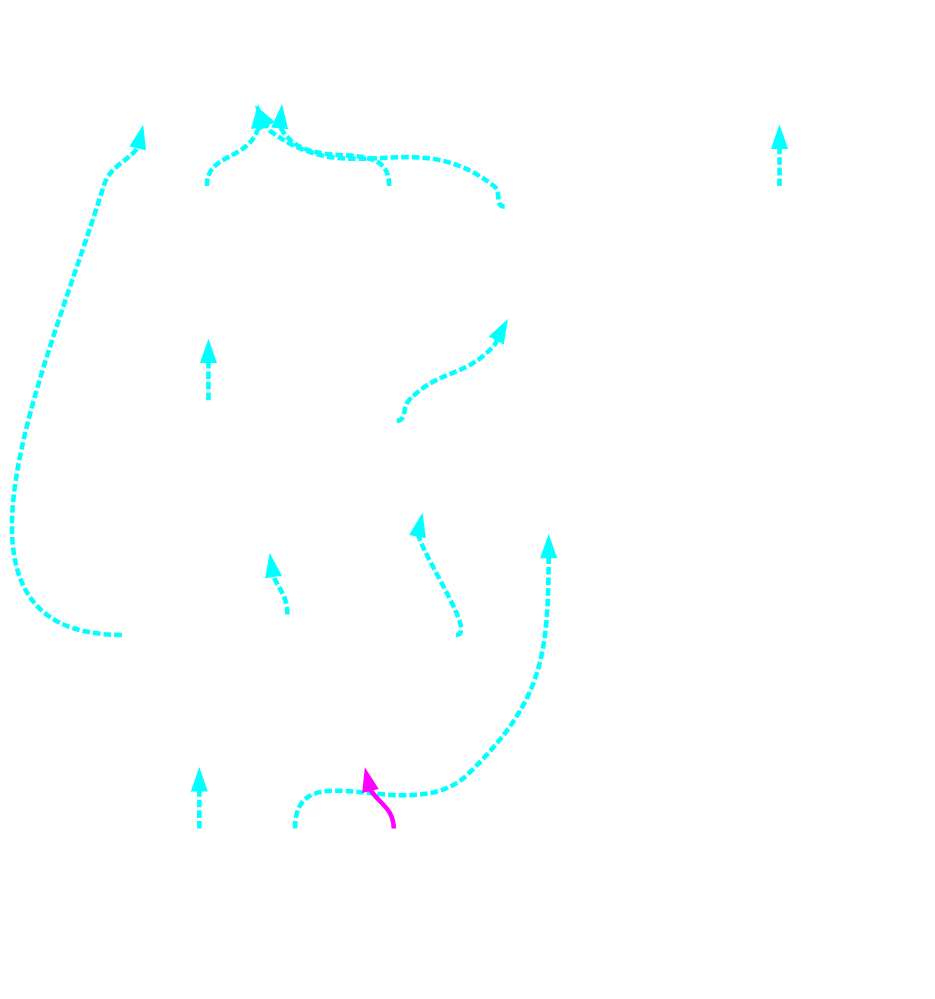
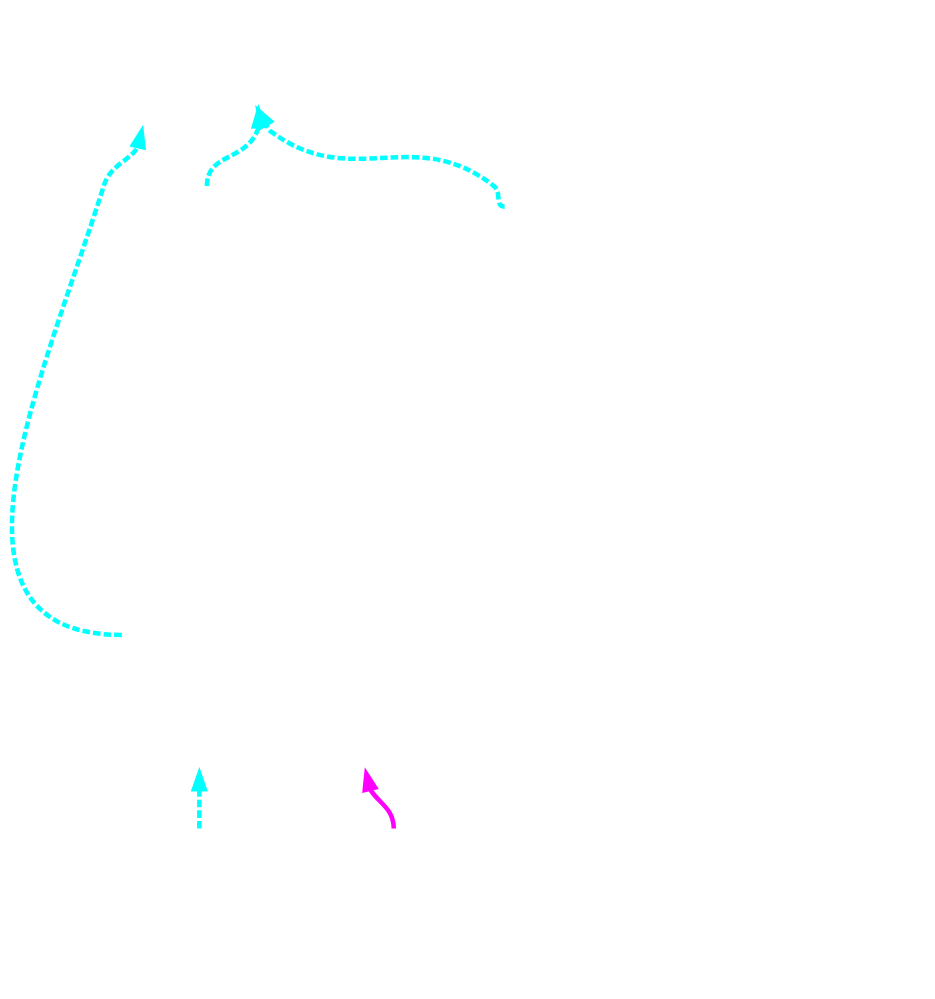
One commit to frasercrmck/llvm-leg changed the diagram in docs/Codeplay/examples/ex1b-pre-isel-simple.dot. Above: the diagram before and after it, drawn with Graphviz. The commit also changed 1 other file, not shown here.

```diff
--- a/docs/Codeplay/examples/ex1b-pre-isel-simple.dot
+++ b/docs/Codeplay/examples/ex1b-pre-isel-simple.dot
@@ -1,26 +1,26 @@
 digraph "isel input for foo:" {
 	rankdir="BT";
 	bgcolor="transparent";
 
 	Node0x36a34b0 [shape=record,shape=Mrecord,label="{EntryToken [ID=0]|0x36a34b0|{<d0>ch}}", penwidth=3,color="white",fontname="Calibri",fontsize=16,fontcolor="white"];
 	Node0x36c8cd0 [shape=record,shape=Mrecord,label="{Register %vreg0 [ID=1]|0x36c8cd0|{<d0>i32}}", penwidth=3,color="white",fontname="Calibri",fontsize=16,fontcolor="white"];
 	Node0x36c8ee0 [shape=record,shape=Mrecord,label="{Register %vreg1 [ID=2]|0x36c8ee0|{<d0>i32}}", penwidth=3,color="white",fontname="Calibri",fontsize=16,fontcolor="white"];
 	Node0x36c91f8 [shape=record,shape=Mrecord,label="{Register %R0 [ID=3]|0x36c91f8|{<d0>i32}}", penwidth=3,color="white",fontname="Calibri",fontsize=16,fontcolor="white"];
 	Node0x36c8dd8 [shape=record,shape=Mrecord,label="{{<s0>0|<s1>1}|CopyFromReg [ORD=1] [ID=4]|0x36c8dd8|{<d0>i32|<d1>ch}}", penwidth=3,color="white",fontname="Calibri",fontsize=16,fontcolor="white"];
 	Node0x36c8dd8:s0 -> Node0x36a34b0:d0[style=dashed, penwidth=3,color="cyan",fontname="Calibri",fontsize=16,fontcolor="white"];
-	Node0x36c8dd8:s1 -> Node0x36c8cd0:d0[style=dashed, penwidth=3,color="cyan",fontname="Calibri",fontsize=16,fontcolor="white"];
+	Node0x36c8dd8:s1 -> Node0x36c8cd0:d0[penwidth=3,color="white",fontname="Calibri",fontsize=16,fontcolor="white"];
 	Node0x36c8fe8 [shape=record,shape=Mrecord,label="{{<s0>0|<s1>1}|CopyFromReg [ORD=1] [ID=5]|0x36c8fe8|{<d0>i32|<d1>ch}}", penwidth=3,color="white",fontname="Calibri",fontsize=16,fontcolor="white"];
 	Node0x36c8fe8:s0 -> Node0x36a34b0:d0[style=dashed, penwidth=3,color="cyan",fontname="Calibri",fontsize=16,fontcolor="white"];
-	Node0x36c8fe8:s1 -> Node0x36c8ee0:d0[style=dashed, penwidth=3,color="cyan",fontname="Calibri",fontsize=16,fontcolor="white"];
+	Node0x36c8fe8:s1 -> Node0x36c8ee0:d0[penwidth=3,color="white",fontname="Calibri",fontsize=16,fontcolor="white"];
 	Node0x36c90f0 [shape=record,shape=Mrecord,label="{{<s0>0|<s1>1}|add [ORD=2] [ID=6]|0x36c90f0|{<d0>i32}}", penwidth=3,color="white",fontname="Calibri",fontsize=16,fontcolor="white"];
-	Node0x36c90f0:s0 -> Node0x36c8dd8:d0[style=dashed, penwidth=3,color="cyan",fontname="Calibri",fontsize=16,fontcolor="white"];
-	Node0x36c90f0:s1 -> Node0x36c8fe8:d0[style=dashed, penwidth=3,color="cyan",fontname="Calibri",fontsize=16,fontcolor="white"];
+	Node0x36c90f0:s0 -> Node0x36c8dd8:d0[penwidth=3,color="white",fontname="Calibri",fontsize=16,fontcolor="white"];
+	Node0x36c90f0:s1 -> Node0x36c8fe8:d0[penwidth=3,color="white",fontname="Calibri",fontsize=16,fontcolor="white"];
 	Node0x36c9300 [shape=record,shape=Mrecord,label="{{<s0>0|<s1>2|<s2>1}|CopyToReg [ORD=3] [ID=7]|0x36c9300|{<d0>ch|<d1>glue}}", penwidth=3,color="white",fontname="Calibri",fontsize=16,fontcolor="white"];
 	Node0x36c9300:s0 -> Node0x36a34b0:d0[style=dashed, penwidth=3,color="cyan",fontname="Calibri",fontsize=16,fontcolor="white"];
-	Node0x36c9300:s2 -> Node0x36c91f8:d0[style=dashed, penwidth=3,color="cyan",fontname="Calibri",fontsize=16,fontcolor="white"];
-	Node0x36c9300:s1 -> Node0x36c90f0:d0[style=dashed, penwidth=3,color="cyan",fontname="Calibri",fontsize=16,fontcolor="white"];
+	Node0x36c9300:s2 -> Node0x36c91f8:d0[penwidth=3,color="white",fontname="Calibri",fontsize=16,fontcolor="white"];
+	Node0x36c9300:s1 -> Node0x36c90f0:d0[penwidth=3,color="white",fontname="Calibri",fontsize=16,fontcolor="white"];
 	Node0x36c9408 [shape=record,shape=Mrecord,label="{{<s0>0|<s1>1|<s2>2}|RetFlag [ORD=3] [ID=8]|0x36c9408|{<d0>ch}}", penwidth=3,color="white",fontname="Calibri",fontsize=16,fontcolor="white"];
 	Node0x36c9408:s0 -> Node0x36c9300:d0[style=dashed, penwidth=3,color="cyan",fontname="Calibri",fontsize=16,fontcolor="white"];
-	Node0x36c9408:s1 -> Node0x36c91f8:d0[style=dashed, penwidth=3,color="cyan",fontname="Calibri",fontsize=16,fontcolor="white"];
+	Node0x36c9408:s1 -> Node0x36c91f8:d0[penwidth=3,color="white",fontname="Calibri",fontsize=16,fontcolor="white"];
 	Node0x36c9408:s2 -> Node0x36c9300:d1[style=bold, penwidth=3,color="magenta",fontname="Calibri",fontsize=16,fontcolor="white"];
 }
```
